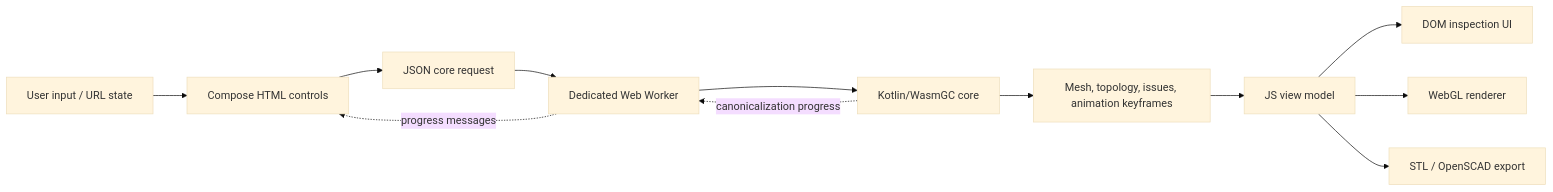
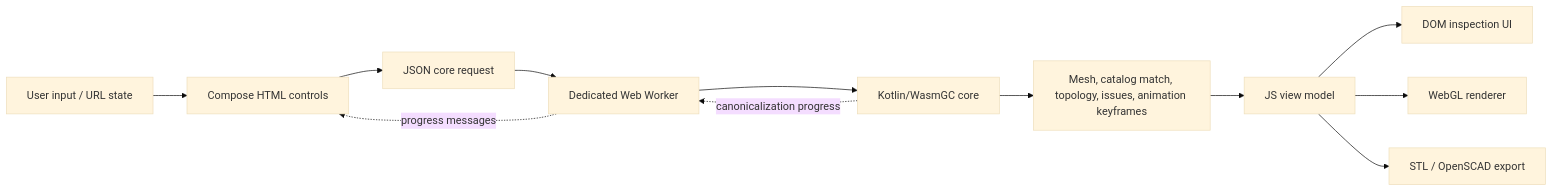
Before and after one commit to elizarov/PolyhedraExplorer: the diagram in docs/architecture.md, drawn with Mermaid (base theme). The commit also changed other lines of this file and 14 other files, not shown here.

````diff
--- a/docs/architecture.md
+++ b/docs/architecture.md
@@ -14,14 +14,14 @@
 ```mermaid
 flowchart LR
     U["User input / URL state"] --> C["Compose HTML controls"]
     C --> B["JSON core request"]
     B --> Q["Dedicated Web Worker"]
     Q --> W["Kotlin/WasmGC core"]
-    W --> R["Mesh, topology, issues, animation keyframes"]
+    W --> R["Mesh, catalog match, topology, issues, animation keyframes"]
     W -. "canonicalization progress" .-> Q
     Q -. "progress messages" .-> C
     R --> V["JS view model"]
     V --> D["DOM inspection UI"]
     V --> G["WebGL renderer"]
     V --> E["STL / OpenSCAD export"]
 ```
````
